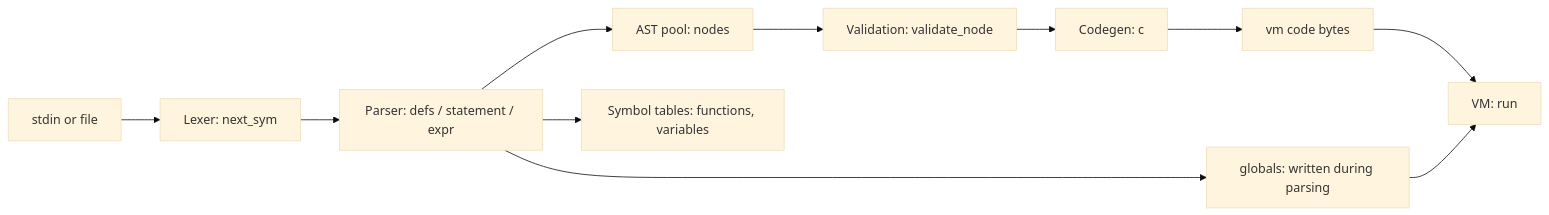
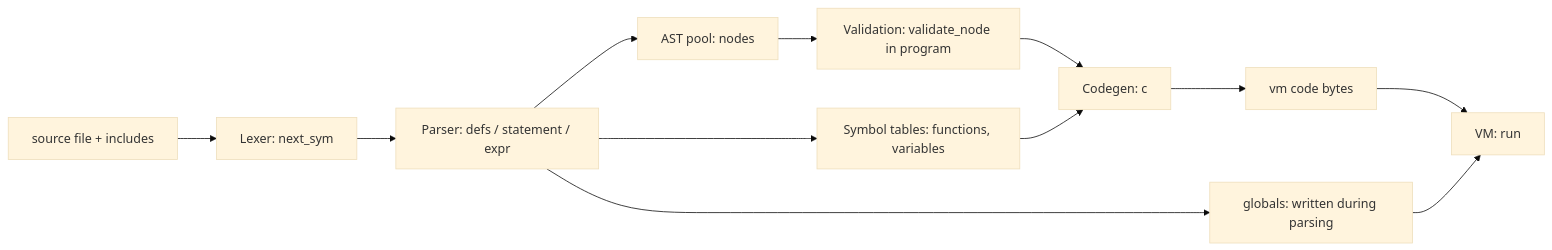
Before and after one commit to CCurl/mc: the diagram in TechnicalOverview.md, drawn with Mermaid (base theme). The commit also changed other lines of this file and 15 other files, not shown here.

````diff
--- a/TechnicalOverview.md
+++ b/TechnicalOverview.md
@@ -5,13 +5,14 @@
 ```mermaid
 flowchart LR
-    A[stdin or file] --> B[Lexer: next_sym]
+    A[source file + includes] --> B[Lexer: next_sym]
     B --> C[Parser: defs / statement / expr]
     C --> D[AST pool: nodes]
     C --> E[Symbol tables: functions, variables]
-    D --> F[Validation: validate_node]
+    C --> K[globals: written during parsing]
+    D --> F[Validation: validate_node in program]
     F --> G[Codegen: c]
+    E --> G
     G --> H[vm code bytes]
-    C --> K[globals: written during parsing]
     H --> J[VM: run]
     K --> J
 ```
````
